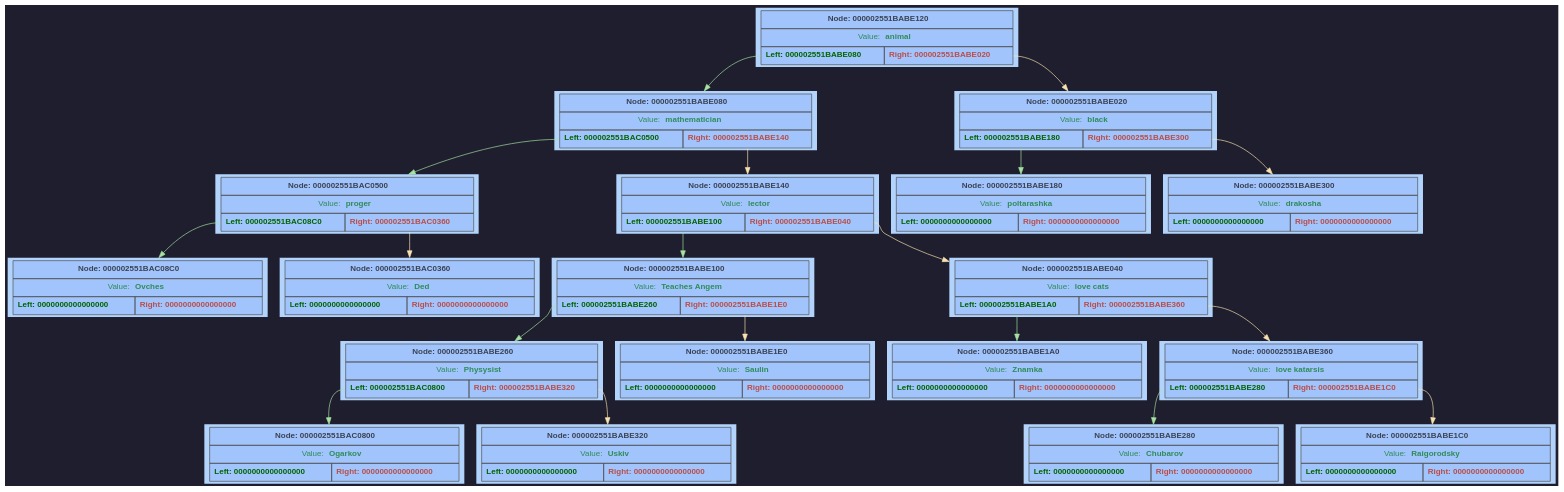
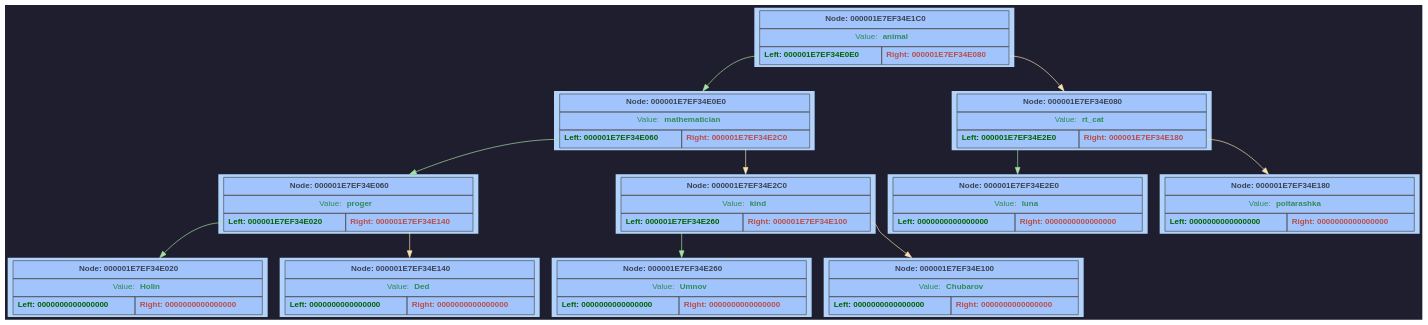
Before and after one commit to F1merhub/Akinator: the diagram in GraphDump/dump.dot, drawn with Graphviz. The commit also changed 10 other files, not shown here.

```diff
--- a/GraphDump/dump.dot
+++ b/GraphDump/dump.dot
@@ -2,193 +2,113 @@
 	rankdir = TB;
 	bgcolor="#1e1e2e";
 	node [shape=rectangle, style=filled, fontname=Helvetica, fontsize=12, fillcolor="#89b4fa", color="#cba6f7", fontcolor="#1e1e2e"];
-	node000002551BABE120 [shape=plaintext; style=filled; color="#fcf0d2"; fillcolor="#b2d4fc"; label = <
+	node000001E7EF34E1C0 [shape=plaintext; style=filled; color="#fcf0d2"; fillcolor="#b2d4fc"; label = <
 		         <table BORDER="0" CELLBORDER="1" CELLSPACING="0" CELLPADDING="6" BGCOLOR="#a1c4fd" COLOR="#4f4f4f">
-			           <tr><td align='center' colspan='2'><FONT COLOR='#3b4252'><b>Node: 000002551BABE120</b></FONT></td></tr>
+			           <tr><td align='center' colspan='2'><FONT COLOR='#3b4252'><b>Node: 000001E7EF34E1C0</b></FONT></td></tr>
 			           <tr><td align='center' colspan='2'><FONT COLOR='#2e8b57'>Value: <b>animal</b></FONT></td></tr>
 			           <tr>
-			               <td WIDTH='150' PORT='left'  align='center'><FONT COLOR='#006400'><b>Left: 000002551BABE080</b></FONT></td>
-			               <td WIDTH='150' PORT='right' align='center'><FONT COLOR='#b94e48'><b>Right: 000002551BABE020</b></FONT></td>
+			               <td WIDTH='150' PORT='left'  align='center'><FONT COLOR='#006400'><b>Left: 000001E7EF34E0E0</b></FONT></td>
+			               <td WIDTH='150' PORT='right' align='center'><FONT COLOR='#b94e48'><b>Right: 000001E7EF34E080</b></FONT></td>
 			           </tr>
 		         </table> >];
-	node000002551BABE080 [shape=plaintext; style=filled; color="#fcf0d2"; fillcolor="#b2d4fc"; label = <
+	node000001E7EF34E0E0 [shape=plaintext; style=filled; color="#fcf0d2"; fillcolor="#b2d4fc"; label = <
 		         <table BORDER="0" CELLBORDER="1" CELLSPACING="0" CELLPADDING="6" BGCOLOR="#a1c4fd" COLOR="#4f4f4f">
-			           <tr><td align='center' colspan='2'><FONT COLOR='#3b4252'><b>Node: 000002551BABE080</b></FONT></td></tr>
+			           <tr><td align='center' colspan='2'><FONT COLOR='#3b4252'><b>Node: 000001E7EF34E0E0</b></FONT></td></tr>
 			           <tr><td align='center' colspan='2'><FONT COLOR='#2e8b57'>Value: <b>mathematician</b></FONT></td></tr>
 			           <tr>
-			               <td WIDTH='150' PORT='left'  align='center'><FONT COLOR='#006400'><b>Left: 000002551BAC0500</b></FONT></td>
-			               <td WIDTH='150' PORT='right' align='center'><FONT COLOR='#b94e48'><b>Right: 000002551BABE140</b></FONT></td>
+			               <td WIDTH='150' PORT='left'  align='center'><FONT COLOR='#006400'><b>Left: 000001E7EF34E060</b></FONT></td>
+			               <td WIDTH='150' PORT='right' align='center'><FONT COLOR='#b94e48'><b>Right: 000001E7EF34E2C0</b></FONT></td>
 			           </tr>
 		         </table> >];
-	node000002551BAC0500 [shape=plaintext; style=filled; color="#fcf0d2"; fillcolor="#b2d4fc"; label = <
+	node000001E7EF34E060 [shape=plaintext; style=filled; color="#fcf0d2"; fillcolor="#b2d4fc"; label = <
 		         <table BORDER="0" CELLBORDER="1" CELLSPACING="0" CELLPADDING="6" BGCOLOR="#a1c4fd" COLOR="#4f4f4f">
-			           <tr><td align='center' colspan='2'><FONT COLOR='#3b4252'><b>Node: 000002551BAC0500</b></FONT></td></tr>
+			           <tr><td align='center' colspan='2'><FONT COLOR='#3b4252'><b>Node: 000001E7EF34E060</b></FONT></td></tr>
 			           <tr><td align='center' colspan='2'><FONT COLOR='#2e8b57'>Value: <b>proger</b></FONT></td></tr>
 			           <tr>
-			               <td WIDTH='150' PORT='left'  align='center'><FONT COLOR='#006400'><b>Left: 000002551BAC08C0</b></FONT></td>
-			               <td WIDTH='150' PORT='right' align='center'><FONT COLOR='#b94e48'><b>Right: 000002551BAC0360</b></FONT></td>
+			               <td WIDTH='150' PORT='left'  align='center'><FONT COLOR='#006400'><b>Left: 000001E7EF34E020</b></FONT></td>
+			               <td WIDTH='150' PORT='right' align='center'><FONT COLOR='#b94e48'><b>Right: 000001E7EF34E140</b></FONT></td>
 			           </tr>
 		         </table> >];
-	node000002551BAC08C0 [shape=plaintext; style=filled; color="#fcf0d2"; fillcolor="#b2d4fc"; label = <
+	node000001E7EF34E020 [shape=plaintext; style=filled; color="#fcf0d2"; fillcolor="#b2d4fc"; label = <
 		         <table BORDER="0" CELLBORDER="1" CELLSPACING="0" CELLPADDING="6" BGCOLOR="#a1c4fd" COLOR="#4f4f4f">
-			           <tr><td align='center' colspan='2'><FONT COLOR='#3b4252'><b>Node: 000002551BAC08C0</b></FONT></td></tr>
-			           <tr><td align='center' colspan='2'><FONT COLOR='#2e8b57'>Value: <b>Ovches</b></FONT></td></tr>
+			           <tr><td align='center' colspan='2'><FONT COLOR='#3b4252'><b>Node: 000001E7EF34E020</b></FONT></td></tr>
+			           <tr><td align='center' colspan='2'><FONT COLOR='#2e8b57'>Value: <b>Holin</b></FONT></td></tr>
 			           <tr>
 			               <td WIDTH='150' PORT='left'  align='center'><FONT COLOR='#006400'><b>Left: 0000000000000000</b></FONT></td>
 			               <td WIDTH='150' PORT='right' align='center'><FONT COLOR='#b94e48'><b>Right: 0000000000000000</b></FONT></td>
 			           </tr>
 		         </table> >];
-	node000002551BAC0500:left -> node000002551BAC08C0 [color="#a6e3a1"]
-	node000002551BAC0360 [shape=plaintext; style=filled; color="#fcf0d2"; fillcolor="#b2d4fc"; label = <
+	node000001E7EF34E060:left -> node000001E7EF34E020 [color="#a6e3a1"]
+	node000001E7EF34E140 [shape=plaintext; style=filled; color="#fcf0d2"; fillcolor="#b2d4fc"; label = <
 		         <table BORDER="0" CELLBORDER="1" CELLSPACING="0" CELLPADDING="6" BGCOLOR="#a1c4fd" COLOR="#4f4f4f">
-			           <tr><td align='center' colspan='2'><FONT COLOR='#3b4252'><b>Node: 000002551BAC0360</b></FONT></td></tr>
+			           <tr><td align='center' colspan='2'><FONT COLOR='#3b4252'><b>Node: 000001E7EF34E140</b></FONT></td></tr>
 			           <tr><td align='center' colspan='2'><FONT COLOR='#2e8b57'>Value: <b>Ded</b></FONT></td></tr>
 			           <tr>
 			               <td WIDTH='150' PORT='left'  align='center'><FONT COLOR='#006400'><b>Left: 0000000000000000</b></FONT></td>
 			               <td WIDTH='150' PORT='right' align='center'><FONT COLOR='#b94e48'><b>Right: 0000000000000000</b></FONT></td>
 			           </tr>
 		         </table> >];
-	node000002551BAC0500:right -> node000002551BAC0360 [color="#f9e2af"]
-	node000002551BABE080:left -> node000002551BAC0500 [color="#a6e3a1"]
-	node000002551BABE140 [shape=plaintext; style=filled; color="#fcf0d2"; fillcolor="#b2d4fc"; label = <
+	node000001E7EF34E060:right -> node000001E7EF34E140 [color="#f9e2af"]
+	node000001E7EF34E0E0:left -> node000001E7EF34E060 [color="#a6e3a1"]
+	node000001E7EF34E2C0 [shape=plaintext; style=filled; color="#fcf0d2"; fillcolor="#b2d4fc"; label = <
 		         <table BORDER="0" CELLBORDER="1" CELLSPACING="0" CELLPADDING="6" BGCOLOR="#a1c4fd" COLOR="#4f4f4f">
-			           <tr><td align='center' colspan='2'><FONT COLOR='#3b4252'><b>Node: 000002551BABE140</b></FONT></td></tr>
-			           <tr><td align='center' colspan='2'><FONT COLOR='#2e8b57'>Value: <b>lector</b></FONT></td></tr>
+			           <tr><td align='center' colspan='2'><FONT COLOR='#3b4252'><b>Node: 000001E7EF34E2C0</b></FONT></td></tr>
+			           <tr><td align='center' colspan='2'><FONT COLOR='#2e8b57'>Value: <b>kind</b></FONT></td></tr>
 			           <tr>
-			               <td WIDTH='150' PORT='left'  align='center'><FONT COLOR='#006400'><b>Left: 000002551BABE100</b></FONT></td>
-			               <td WIDTH='150' PORT='right' align='center'><FONT COLOR='#b94e48'><b>Right: 000002551BABE040</b></FONT></td>
+			               <td WIDTH='150' PORT='left'  align='center'><FONT COLOR='#006400'><b>Left: 000001E7EF34E260</b></FONT></td>
+			               <td WIDTH='150' PORT='right' align='center'><FONT COLOR='#b94e48'><b>Right: 000001E7EF34E100</b></FONT></td>
 			           </tr>
 		         </table> >];
-	node000002551BABE100 [shape=plaintext; style=filled; color="#fcf0d2"; fillcolor="#b2d4fc"; label = <
+	node000001E7EF34E260 [shape=plaintext; style=filled; color="#fcf0d2"; fillcolor="#b2d4fc"; label = <
 		         <table BORDER="0" CELLBORDER="1" CELLSPACING="0" CELLPADDING="6" BGCOLOR="#a1c4fd" COLOR="#4f4f4f">
-			           <tr><td align='center' colspan='2'><FONT COLOR='#3b4252'><b>Node: 000002551BABE100</b></FONT></td></tr>
-			           <tr><td align='center' colspan='2'><FONT COLOR='#2e8b57'>Value: <b>Teaches Angem</b></FONT></td></tr>
-			           <tr>
-			               <td WIDTH='150' PORT='left'  align='center'><FONT COLOR='#006400'><b>Left: 000002551BABE260</b></FONT></td>
-			               <td WIDTH='150' PORT='right' align='center'><FONT COLOR='#b94e48'><b>Right: 000002551BABE1E0</b></FONT></td>
-			           </tr>
-		         </table> >];
-	node000002551BABE260 [shape=plaintext; style=filled; color="#fcf0d2"; fillcolor="#b2d4fc"; label = <
-		         <table BORDER="0" CELLBORDER="1" CELLSPACING="0" CELLPADDING="6" BGCOLOR="#a1c4fd" COLOR="#4f4f4f">
-			           <tr><td align='center' colspan='2'><FONT COLOR='#3b4252'><b>Node: 000002551BABE260</b></FONT></td></tr>
-			           <tr><td align='center' colspan='2'><FONT COLOR='#2e8b57'>Value: <b>Physysist</b></FONT></td></tr>
-			           <tr>
-			               <td WIDTH='150' PORT='left'  align='center'><FONT COLOR='#006400'><b>Left: 000002551BAC0800</b></FONT></td>
-			               <td WIDTH='150' PORT='right' align='center'><FONT COLOR='#b94e48'><b>Right: 000002551BABE320</b></FONT></td>
-			           </tr>
-		         </table> >];
-	node000002551BAC0800 [shape=plaintext; style=filled; color="#fcf0d2"; fillcolor="#b2d4fc"; label = <
-		         <table BORDER="0" CELLBORDER="1" CELLSPACING="0" CELLPADDING="6" BGCOLOR="#a1c4fd" COLOR="#4f4f4f">
-			           <tr><td align='center' colspan='2'><FONT COLOR='#3b4252'><b>Node: 000002551BAC0800</b></FONT></td></tr>
-			           <tr><td align='center' colspan='2'><FONT COLOR='#2e8b57'>Value: <b>Ogarkov</b></FONT></td></tr>
+			           <tr><td align='center' colspan='2'><FONT COLOR='#3b4252'><b>Node: 000001E7EF34E260</b></FONT></td></tr>
+			           <tr><td align='center' colspan='2'><FONT COLOR='#2e8b57'>Value: <b>Umnov</b></FONT></td></tr>
 			           <tr>
 			               <td WIDTH='150' PORT='left'  align='center'><FONT COLOR='#006400'><b>Left: 0000000000000000</b></FONT></td>
 			               <td WIDTH='150' PORT='right' align='center'><FONT COLOR='#b94e48'><b>Right: 0000000000000000</b></FONT></td>
 			           </tr>
 		         </table> >];
-	node000002551BABE260:left -> node000002551BAC0800 [color="#a6e3a1"]
-	node000002551BABE320 [shape=plaintext; style=filled; color="#fcf0d2"; fillcolor="#b2d4fc"; label = <
+	node000001E7EF34E2C0:left -> node000001E7EF34E260 [color="#a6e3a1"]
+	node000001E7EF34E100 [shape=plaintext; style=filled; color="#fcf0d2"; fillcolor="#b2d4fc"; label = <
 		         <table BORDER="0" CELLBORDER="1" CELLSPACING="0" CELLPADDING="6" BGCOLOR="#a1c4fd" COLOR="#4f4f4f">
-			           <tr><td align='center' colspan='2'><FONT COLOR='#3b4252'><b>Node: 000002551BABE320</b></FONT></td></tr>
-			           <tr><td align='center' colspan='2'><FONT COLOR='#2e8b57'>Value: <b>Uskiv</b></FONT></td></tr>
-			           <tr>
-			               <td WIDTH='150' PORT='left'  align='center'><FONT COLOR='#006400'><b>Left: 0000000000000000</b></FONT></td>
-			               <td WIDTH='150' PORT='right' align='center'><FONT COLOR='#b94e48'><b>Right: 0000000000000000</b></FONT></td>
-			           </tr>
-		         </table> >];
-	node000002551BABE260:right -> node000002551BABE320 [color="#f9e2af"]
-	node000002551BABE100:left -> node000002551BABE260 [color="#a6e3a1"]
-	node000002551BABE1E0 [shape=plaintext; style=filled; color="#fcf0d2"; fillcolor="#b2d4fc"; label = <
-		         <table BORDER="0" CELLBORDER="1" CELLSPACING="0" CELLPADDING="6" BGCOLOR="#a1c4fd" COLOR="#4f4f4f">
-			           <tr><td align='center' colspan='2'><FONT COLOR='#3b4252'><b>Node: 000002551BABE1E0</b></FONT></td></tr>
-			           <tr><td align='center' colspan='2'><FONT COLOR='#2e8b57'>Value: <b>Saulin</b></FONT></td></tr>
-			           <tr>
-			               <td WIDTH='150' PORT='left'  align='center'><FONT COLOR='#006400'><b>Left: 0000000000000000</b></FONT></td>
-			               <td WIDTH='150' PORT='right' align='center'><FONT COLOR='#b94e48'><b>Right: 0000000000000000</b></FONT></td>
-			           </tr>
-		         </table> >];
-	node000002551BABE100:right -> node000002551BABE1E0 [color="#f9e2af"]
-	node000002551BABE140:left -> node000002551BABE100 [color="#a6e3a1"]
-	node000002551BABE040 [shape=plaintext; style=filled; color="#fcf0d2"; fillcolor="#b2d4fc"; label = <
-		         <table BORDER="0" CELLBORDER="1" CELLSPACING="0" CELLPADDING="6" BGCOLOR="#a1c4fd" COLOR="#4f4f4f">
-			           <tr><td align='center' colspan='2'><FONT COLOR='#3b4252'><b>Node: 000002551BABE040</b></FONT></td></tr>
-			           <tr><td align='center' colspan='2'><FONT COLOR='#2e8b57'>Value: <b>love cats</b></FONT></td></tr>
-			           <tr>
-			               <td WIDTH='150' PORT='left'  align='center'><FONT COLOR='#006400'><b>Left: 000002551BABE1A0</b></FONT></td>
-			               <td WIDTH='150' PORT='right' align='center'><FONT COLOR='#b94e48'><b>Right: 000002551BABE360</b></FONT></td>
-			           </tr>
-		         </table> >];
-	node000002551BABE1A0 [shape=plaintext; style=filled; color="#fcf0d2"; fillcolor="#b2d4fc"; label = <
-		         <table BORDER="0" CELLBORDER="1" CELLSPACING="0" CELLPADDING="6" BGCOLOR="#a1c4fd" COLOR="#4f4f4f">
-			           <tr><td align='center' colspan='2'><FONT COLOR='#3b4252'><b>Node: 000002551BABE1A0</b></FONT></td></tr>
-			           <tr><td align='center' colspan='2'><FONT COLOR='#2e8b57'>Value: <b>Znamka</b></FONT></td></tr>
-			           <tr>
-			               <td WIDTH='150' PORT='left'  align='center'><FONT COLOR='#006400'><b>Left: 0000000000000000</b></FONT></td>
-			               <td WIDTH='150' PORT='right' align='center'><FONT COLOR='#b94e48'><b>Right: 0000000000000000</b></FONT></td>
-			           </tr>
-		         </table> >];
-	node000002551BABE040:left -> node000002551BABE1A0 [color="#a6e3a1"]
-	node000002551BABE360 [shape=plaintext; style=filled; color="#fcf0d2"; fillcolor="#b2d4fc"; label = <
-		         <table BORDER="0" CELLBORDER="1" CELLSPACING="0" CELLPADDING="6" BGCOLOR="#a1c4fd" COLOR="#4f4f4f">
-			           <tr><td align='center' colspan='2'><FONT COLOR='#3b4252'><b>Node: 000002551BABE360</b></FONT></td></tr>
-			           <tr><td align='center' colspan='2'><FONT COLOR='#2e8b57'>Value: <b>love katarsis</b></FONT></td></tr>
-			           <tr>
-			               <td WIDTH='150' PORT='left'  align='center'><FONT COLOR='#006400'><b>Left: 000002551BABE280</b></FONT></td>
-			               <td WIDTH='150' PORT='right' align='center'><FONT COLOR='#b94e48'><b>Right: 000002551BABE1C0</b></FONT></td>
-			           </tr>
-		         </table> >];
-	node000002551BABE280 [shape=plaintext; style=filled; color="#fcf0d2"; fillcolor="#b2d4fc"; label = <
-		         <table BORDER="0" CELLBORDER="1" CELLSPACING="0" CELLPADDING="6" BGCOLOR="#a1c4fd" COLOR="#4f4f4f">
-			           <tr><td align='center' colspan='2'><FONT COLOR='#3b4252'><b>Node: 000002551BABE280</b></FONT></td></tr>
+			           <tr><td align='center' colspan='2'><FONT COLOR='#3b4252'><b>Node: 000001E7EF34E100</b></FONT></td></tr>
 			           <tr><td align='center' colspan='2'><FONT COLOR='#2e8b57'>Value: <b>Chubarov</b></FONT></td></tr>
 			           <tr>
 			               <td WIDTH='150' PORT='left'  align='center'><FONT COLOR='#006400'><b>Left: 0000000000000000</b></FONT></td>
 			               <td WIDTH='150' PORT='right' align='center'><FONT COLOR='#b94e48'><b>Right: 0000000000000000</b></FONT></td>
 			           </tr>
 		         </table> >];
-	node000002551BABE360:left -> node000002551BABE280 [color="#a6e3a1"]
-	node000002551BABE1C0 [shape=plaintext; style=filled; color="#fcf0d2"; fillcolor="#b2d4fc"; label = <
+	node000001E7EF34E2C0:right -> node000001E7EF34E100 [color="#f9e2af"]
+	node000001E7EF34E0E0:right -> node000001E7EF34E2C0 [color="#f9e2af"]
+	node000001E7EF34E1C0:left -> node000001E7EF34E0E0 [color="#a6e3a1"]
+	node000001E7EF34E080 [shape=plaintext; style=filled; color="#fcf0d2"; fillcolor="#b2d4fc"; label = <
 		         <table BORDER="0" CELLBORDER="1" CELLSPACING="0" CELLPADDING="6" BGCOLOR="#a1c4fd" COLOR="#4f4f4f">
-			           <tr><td align='center' colspan='2'><FONT COLOR='#3b4252'><b>Node: 000002551BABE1C0</b></FONT></td></tr>
-			           <tr><td align='center' colspan='2'><FONT COLOR='#2e8b57'>Value: <b>Raigorodsky</b></FONT></td></tr>
+			           <tr><td align='center' colspan='2'><FONT COLOR='#3b4252'><b>Node: 000001E7EF34E080</b></FONT></td></tr>
+			           <tr><td align='center' colspan='2'><FONT COLOR='#2e8b57'>Value: <b>rt_cat</b></FONT></td></tr>
+			           <tr>
+			               <td WIDTH='150' PORT='left'  align='center'><FONT COLOR='#006400'><b>Left: 000001E7EF34E2E0</b></FONT></td>
+			               <td WIDTH='150' PORT='right' align='center'><FONT COLOR='#b94e48'><b>Right: 000001E7EF34E180</b></FONT></td>
+			           </tr>
+		         </table> >];
+	node000001E7EF34E2E0 [shape=plaintext; style=filled; color="#fcf0d2"; fillcolor="#b2d4fc"; label = <
+		         <table BORDER="0" CELLBORDER="1" CELLSPACING="0" CELLPADDING="6" BGCOLOR="#a1c4fd" COLOR="#4f4f4f">
+			           <tr><td align='center' colspan='2'><FONT COLOR='#3b4252'><b>Node: 000001E7EF34E2E0</b></FONT></td></tr>
+			           <tr><td align='center' colspan='2'><FONT COLOR='#2e8b57'>Value: <b>luna</b></FONT></td></tr>
 			           <tr>
 			               <td WIDTH='150' PORT='left'  align='center'><FONT COLOR='#006400'><b>Left: 0000000000000000</b></FONT></td>
 			               <td WIDTH='150' PORT='right' align='center'><FONT COLOR='#b94e48'><b>Right: 0000000000000000</b></FONT></td>
 			           </tr>
 		         </table> >];
-	node000002551BABE360:right -> node000002551BABE1C0 [color="#f9e2af"]
-	node000002551BABE040:right -> node000002551BABE360 [color="#f9e2af"]
-	node000002551BABE140:right -> node000002551BABE040 [color="#f9e2af"]
-	node000002551BABE080:right -> node000002551BABE140 [color="#f9e2af"]
-	node000002551BABE120:left -> node000002551BABE080 [color="#a6e3a1"]
-	node000002551BABE020 [shape=plaintext; style=filled; color="#fcf0d2"; fillcolor="#b2d4fc"; label = <
+	node000001E7EF34E080:left -> node000001E7EF34E2E0 [color="#a6e3a1"]
+	node000001E7EF34E180 [shape=plaintext; style=filled; color="#fcf0d2"; fillcolor="#b2d4fc"; label = <
 		         <table BORDER="0" CELLBORDER="1" CELLSPACING="0" CELLPADDING="6" BGCOLOR="#a1c4fd" COLOR="#4f4f4f">
-			           <tr><td align='center' colspan='2'><FONT COLOR='#3b4252'><b>Node: 000002551BABE020</b></FONT></td></tr>
-			           <tr><td align='center' colspan='2'><FONT COLOR='#2e8b57'>Value: <b>black</b></FONT></td></tr>
-			           <tr>
-			               <td WIDTH='150' PORT='left'  align='center'><FONT COLOR='#006400'><b>Left: 000002551BABE180</b></FONT></td>
-			               <td WIDTH='150' PORT='right' align='center'><FONT COLOR='#b94e48'><b>Right: 000002551BABE300</b></FONT></td>
-			           </tr>
-		         </table> >];
-	node000002551BABE180 [shape=plaintext; style=filled; color="#fcf0d2"; fillcolor="#b2d4fc"; label = <
-		         <table BORDER="0" CELLBORDER="1" CELLSPACING="0" CELLPADDING="6" BGCOLOR="#a1c4fd" COLOR="#4f4f4f">
-			           <tr><td align='center' colspan='2'><FONT COLOR='#3b4252'><b>Node: 000002551BABE180</b></FONT></td></tr>
+			           <tr><td align='center' colspan='2'><FONT COLOR='#3b4252'><b>Node: 000001E7EF34E180</b></FONT></td></tr>
 			           <tr><td align='center' colspan='2'><FONT COLOR='#2e8b57'>Value: <b>poltarashka</b></FONT></td></tr>
 			           <tr>
 			               <td WIDTH='150' PORT='left'  align='center'><FONT COLOR='#006400'><b>Left: 0000000000000000</b></FONT></td>
 			               <td WIDTH='150' PORT='right' align='center'><FONT COLOR='#b94e48'><b>Right: 0000000000000000</b></FONT></td>
 			           </tr>
 		         </table> >];
-	node000002551BABE020:left -> node000002551BABE180 [color="#a6e3a1"]
-	node000002551BABE300 [shape=plaintext; style=filled; color="#fcf0d2"; fillcolor="#b2d4fc"; label = <
-		         <table BORDER="0" CELLBORDER="1" CELLSPACING="0" CELLPADDING="6" BGCOLOR="#a1c4fd" COLOR="#4f4f4f">
-			           <tr><td align='center' colspan='2'><FONT COLOR='#3b4252'><b>Node: 000002551BABE300</b></FONT></td></tr>
-			           <tr><td align='center' colspan='2'><FONT COLOR='#2e8b57'>Value: <b>drakosha</b></FONT></td></tr>
-			           <tr>
-			               <td WIDTH='150' PORT='left'  align='center'><FONT COLOR='#006400'><b>Left: 0000000000000000</b></FONT></td>
-			               <td WIDTH='150' PORT='right' align='center'><FONT COLOR='#b94e48'><b>Right: 0000000000000000</b></FONT></td>
-			           </tr>
-		         </table> >];
-	node000002551BABE020:right -> node000002551BABE300 [color="#f9e2af"]
-	node000002551BABE120:right -> node000002551BABE020 [color="#f9e2af"]
+	node000001E7EF34E080:right -> node000001E7EF34E180 [color="#f9e2af"]
+	node000001E7EF34E1C0:right -> node000001E7EF34E080 [color="#f9e2af"]
 }
```
